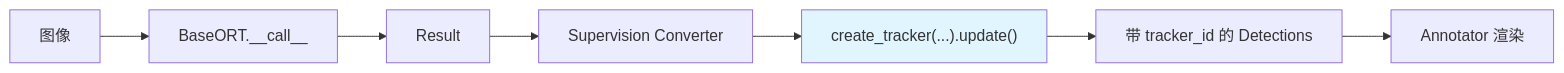
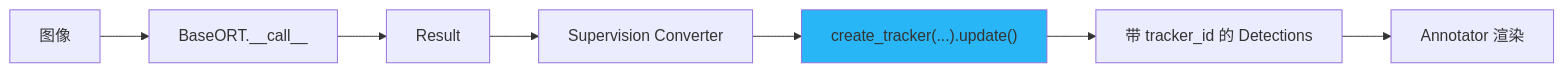
Before and after one commit to yyq19990828/onnxtools: the ninth of 9 diagrams in docs/guides/tracking/index.md, drawn with Mermaid. The commit also changed other lines of this file and 12 other files, not shown here.

First line of the commit message:
fix(docs): 修复 mermaid 暗色模式配色 + 语法报错 + 数学公式渲染

````diff
--- a/docs/guides/tracking/index.md
+++ b/docs/guides/tracking/index.md
@@ -319,10 +319,10 @@
 ```mermaid
 graph LR
     A[图像] --> B[BaseORT.__call__]
     B --> C[Result]
     C --> D[Supervision Converter]
     D --> E["create_tracker(...).update()"]
     E --> F["带 tracker_id 的 Detections"]
     F --> G[Annotator 渲染]
-    style E fill:#e1f5fe
+    style E fill:#29b6f6
 ```
````
